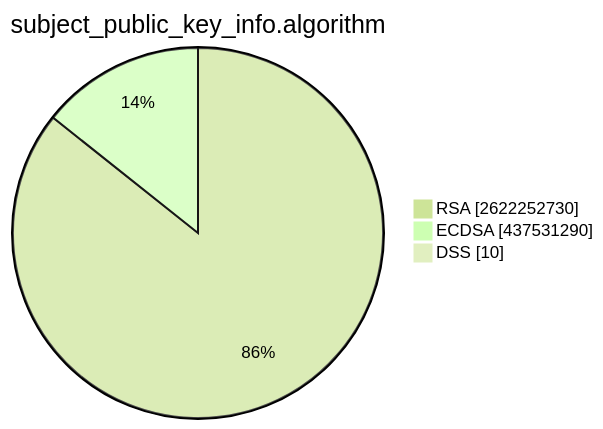
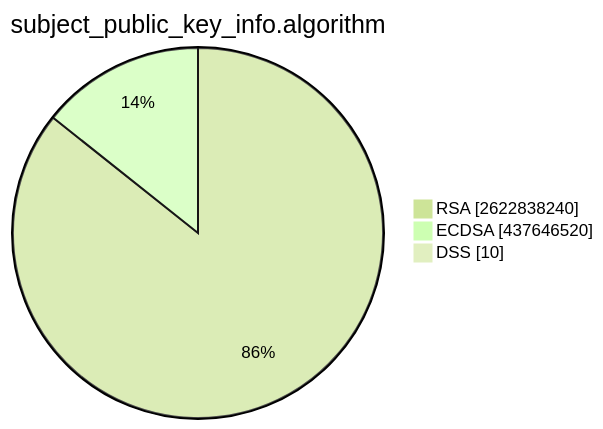
Before and after one commit to christiankrug/ctmonitor_visualization: the second of 15 diagrams in TOTAL/README.md, drawn with Mermaid (forest theme). The commit also changed other lines of this file, not shown here.

````diff
--- a/TOTAL/README.md
+++ b/TOTAL/README.md
@@ -6,7 +6,7 @@
 ```mermaid
 pie showData
 title subject_public_key_info.algorithm
-"RSA" :2622252730
-"ECDSA" :437531290
+"RSA" :2622838240
+"ECDSA" :437646520
 "DSS" :10
 ```
````
